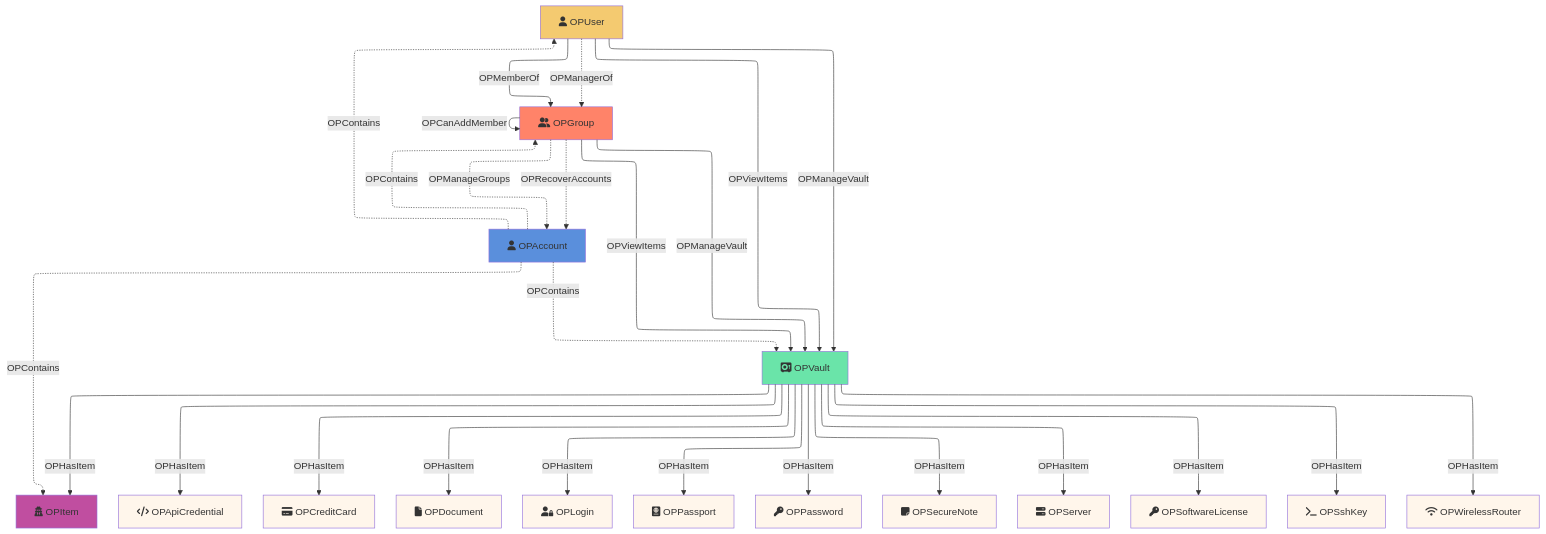
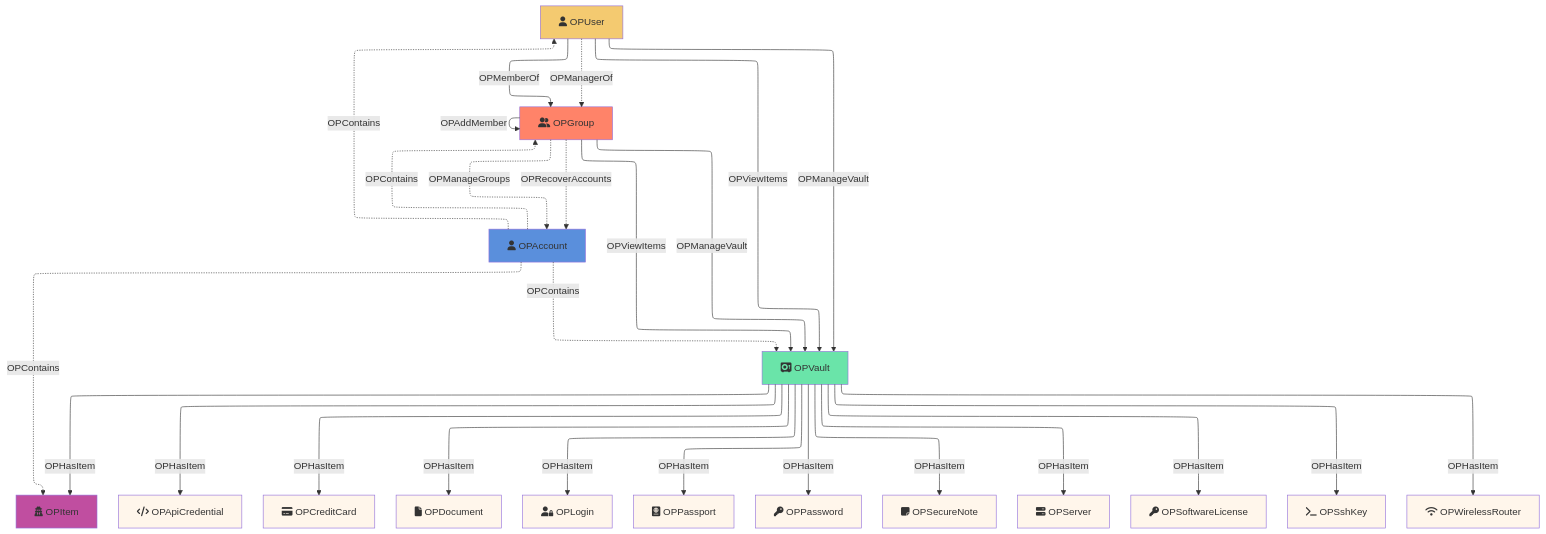
The diagram in model.mermaid (SpecterOps/1PassHound), drawn with Mermaid before and after one commit. The commit also changed 1 other file, not shown here.

Commit message:
Updated mermaid model to account for OPAddMember name change

```diff
--- a/model.mermaid
+++ b/model.mermaid
@@ -1,116 +1,116 @@
 ---
 config:
   layout: elk
 ---
 flowchart TD
     OPAccount[fa:fa-user OPAccount]
     OPUser[fa:fa-user OPUser]
     OPGroup[fa:fa-user-group OPGroup]
     OPVault[fa:fa-vault OPVault]
     OPItem[fa:fa-user-secret OPItem]
     OPApiCredential[fa:fa-code OPApiCredential]
     OPCreditCard[fa:fa-credit-card OPCreditCard]
     OPDocument[fa:fa-file OPDocument]
     OPLogin[fa:fa-user-lock OPLogin]
     OPPassport[fa:fa-passport OPPassport]
     OPPassword[fa:fa-key OPPassword]
     OPSecureNote[fa:fa-note-sticky OPSecureNote]
     OPServer[fa:fa-server OPServer]
     OPSoftwareLicense[fa:fa-key OPSoftwareLicense]
     OPSshKey[fa:fa-terminal OPSshKey]
     OPWirelessRouter[fa:fa-wifi OPWirelessRouter]
 
     style OPAccount fill:#5A8FDC
     style OPUser fill:#F4CA70
     style OPGroup fill:#FF8369
     style OPVault fill:#6AE4A9
     style OPItem fill:#C04EA0
     style OPApiCredential fill:#FFF6EB
     style OPCreditCard fill:#FFF6EB
     style OPDocument fill:#FFF6EB
     style OPLogin fill:#FFF6EB
     style OPPassport fill:#FFF6EB
     style OPPassword fill:#FFF6EB
     style OPSecureNote fill:#FFF6EB
     style OPServer fill:#FFF6EB
     style OPSoftwareLicense fill:#FFF6EB
     style OPSshKey fill:#FFF6EB
     style OPWirelessRouter fill:#FFF6EB
     
     OPAccount -.->|OPContains| OPItem
     OPAccount -.->|OPContains| OPUser
     OPAccount -.->|OPContains| OPVault
     OPAccount -.->|OPContains| OPGroup
 
     OPUser -->|OPMemberOf| OPGroup
     OPUser -.->|OPManagerOf| OPGroup
 
     OPUser -->|OPViewItems| OPVault
 %%  OPUser -.->|OPCreateItems| OPVault
 %%  OPUser -.->|OPEditItems| OPVault
 %%  OPUser -.->|OPArchiveItems| OPVault
 %%  OPUser -.->|OPDeleteItems| OPVault
     OPUser -->|OPManageVault| OPVault
 %% These represent "Client Settings" that are only applied at the application layer %%
 %%  OPUser -.->|OPViewAndCopyPasswords| OPVault
 %%  OPUser -.->|OPViewItemHistory| OPVault
 %%  OPUser -.->|OPImportItems| OPVault
 %%  OPUser -.->|OPExportItems| OPVault
 %%  OPUser -.->|OPCopyAndShareItems| OPVault
 %%  OPUser -.->|OPPrintItems| OPVault
 
-    OPGroup -->|OPCanAddMember| OPGroup
+    OPGroup -->|OPAddMember| OPGroup
 
     OPGroup -->|OPViewItems| OPVault
 %%  OPUser -.->|OPCreateItems| OPVault
 %%  OPUser -.->|OPEditItems| OPVault
 %%  OPUser -.->|OPArchiveItems| OPVault
 %%  OPUser -.->|OPDeleteItems| OPVault
     OPGroup -->|OPManageVault| OPVault
 %% These represent "Client Settings" that are only applied at the application layer %%
 %%  OPUser -.->|OPViewAndCopyPasswords| OPVault
 %%  OPUser -.->|OPViewItemHistory| OPVault
 %%  OPUser -.->|OPImportItems| OPVault
 %%  OPUser -.->|OPExportItems| OPVault
 %%  OPUser -.->|OPCopyAndShareItems| OPVault
 %%  OPUser -.->|OPPrintItems| OPVault
 
 %%  OPGroup -.->|OPAddPerson| OPAccount
 %%  OPGroup -.->|OPChangePersonName| OPAccount
 %%  OPGroup -.->|OPChangeTeamAttributes| OPAccount
 %%  OPGroup -.->|OPChangeTeamDomain| OPAccount
 %%  OPGroup -.->|OPChangeTeamSettings| OPAccount
 %%  OPGroup -.->|OPCreateVaults| OPAccount
 %%  OPGroup -.->|OPDeletePerson| OPAccount
 %%  OPGroup -.->|OPDeleteTeam| OPAccount
 %%  OPGroup -.->|OPManageBilling| OPAccount
 %% OPManageGroups is used to generate the OPCanAddMember edge %%
     OPGroup -.->|OPManageGroups| OPAccount
 %%  OPGroup -.->|OPManageTemplates| OPAccount
 %% OPManageVaults seemed promising, but it essentially guarantees OPManageVault over all newly created Vaults which is already represented %%
 %%  OPGroup -.->|OPManageVaults| OPAccount
 %%  OPGroup -.->|OPProvisionPeople| OPAccount
 %% I have not completely validated the recovery workflow, but this seems to be an account takeover primitive %%
     OPGroup -.->|OPRecoverAccounts| OPAccount
 %%  OPGroup -.->|OPSuspendPerson| OPAccount
 %%  OPGroup -.->|OPSuspendTeam| OPAccount
 %%  OPGroup -.->|OPViewActivitiesLog| OPAccount
 %%  OPGroup -.->|OPViewAdministrativeSidebar| OPAccount
 %%  OPGroup -.->|OPViewBilling| OPAccount
 %%  OPGroup -.->|OPViewPeople| OPAccount
 %%  OPGroup -.->|OPViewTeamSettings| OPAccount
 %%  OPGroup -.->|OPViewTemplates| OPAccount
 %%  OPGroup -.->|OPViewVaults| OPAccount
 
     OPVault -->|OPHasItem| OPItem
     OPVault -->|OPHasItem| OPApiCredential
     OPVault -->|OPHasItem| OPCreditCard
     OPVault -->|OPHasItem| OPDocument
     OPVault -->|OPHasItem| OPLogin
     OPVault -->|OPHasItem| OPPassport
     OPVault -->|OPHasItem| OPPassword
     OPVault -->|OPHasItem| OPSecureNote
     OPVault -->|OPHasItem| OPServer
     OPVault -->|OPHasItem| OPSoftwareLicense
     OPVault -->|OPHasItem| OPSshKey
     OPVault -->|OPHasItem| OPWirelessRouter
```
